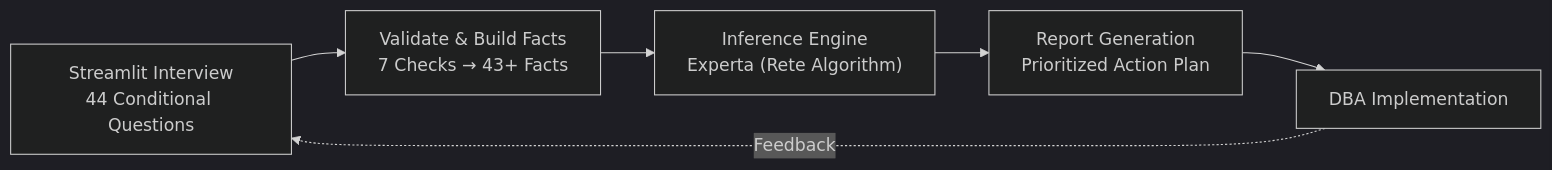
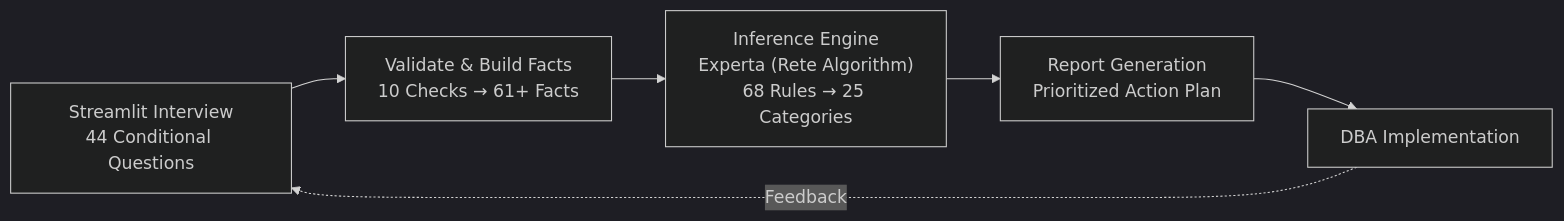
The fifth of 5 diagrams in docs/diagrams.md (fourth-year-team/Expert-System-Query-Optimizer-Project), drawn with Mermaid (dark theme) before and after one commit. The commit also changed other lines of this file and 4 other files, not shown here.

````diff
--- a/docs/diagrams.md
+++ b/docs/diagrams.md
@@ -184,8 +194,8 @@
 ```mermaid
 flowchart LR
-    Step1["Streamlit Interview<br/>44 Conditional Questions"] --> Step2["Validate & Build Facts<br/>7 Checks → 43+ Facts"]
-    Step2 --> Step3["Inference Engine<br/>Experta (Rete Algorithm)"]
+    Step1["Streamlit Interview<br/>44 Conditional Questions"] --> Step2["Validate & Build Facts<br/>10 Checks → 61+ Facts"]
+    Step2 --> Step3["Inference Engine<br/>Experta (Rete Algorithm)<br/>68 Rules → 25 Categories"]
     Step3 --> Step4["Report Generation<br/>Prioritized Action Plan"]
     Step4 --> Step5["DBA Implementation"]
     Step5 -.->|"Feedback"| Step1
 ```
````
